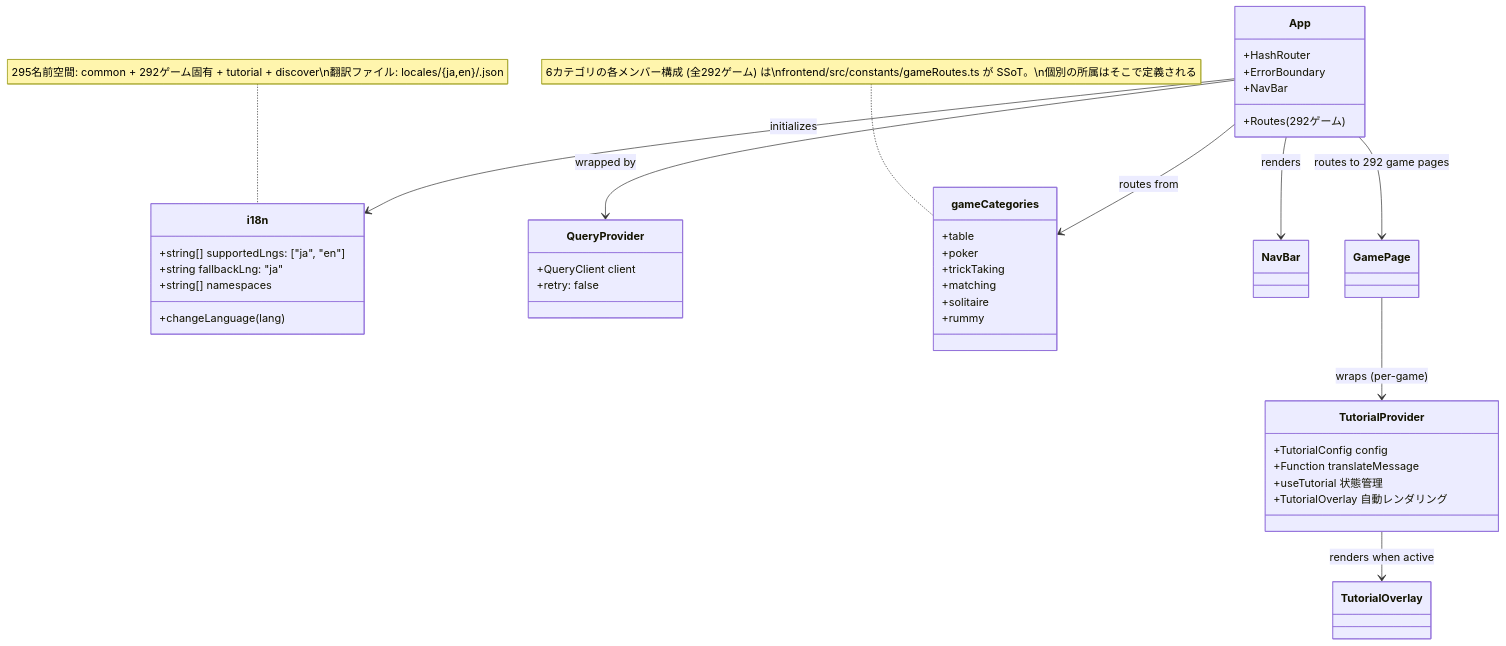
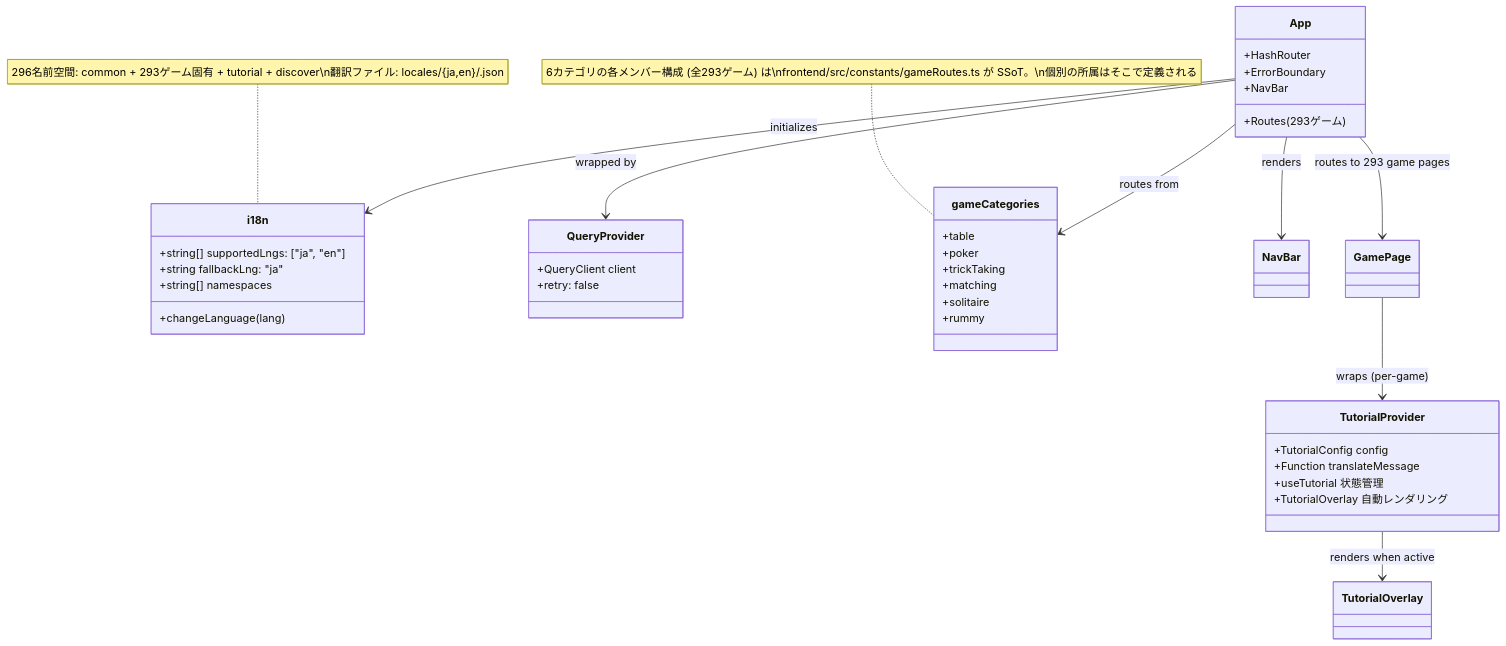
One commit to yuta-yoshinaga/go_trumpcards changed the ninth of 49 diagrams in docs/design/frontend.md. Above: the diagram before and after it, drawn with Mermaid. The commit also changed other lines of this file and 61 other files, not shown here.

````diff
--- a/docs/design/frontend.md
+++ b/docs/design/frontend.md
@@ -1869,48 +1869,48 @@
 ```mermaid
 classDiagram
     class i18n {
         +string[] supportedLngs: ["ja", "en"]
         +string fallbackLng: "ja"
         +string[] namespaces
         +changeLanguage(lang)
     }
 
     class QueryProvider {
         +QueryClient client
         +retry: false
     }
 
     class App {
         +HashRouter
         +ErrorBoundary
         +NavBar
-        +Routes (292ゲーム)
+        +Routes (293ゲーム)
     }
 
     class gameCategories {
         +table
         +poker
         +trickTaking
         +matching
         +solitaire
         +rummy
     }
-    note for gameCategories "6カテゴリの各メンバー構成 (全292ゲーム) は\nfrontend/src/constants/gameRoutes.ts が SSoT。\n個別の所属はそこで定義される"
+    note for gameCategories "6カテゴリの各メンバー構成 (全293ゲーム) は\nfrontend/src/constants/gameRoutes.ts が SSoT。\n個別の所属はそこで定義される"
 
     class TutorialProvider {
         +TutorialConfig config
         +Function translateMessage
         +useTutorial 状態管理
         +TutorialOverlay 自動レンダリング
     }
 
     App --> QueryProvider : wrapped by
     App --> i18n : initializes
     App --> gameCategories : routes from
     App --> NavBar : renders
-    App --> GamePage : routes to 292 game pages
+    App --> GamePage : routes to 293 game pages
     GamePage --> TutorialProvider : wraps (per-game)
     TutorialProvider --> TutorialOverlay : renders when active
 
-    note for i18n "295名前空間: common + 292ゲーム固有 + tutorial + discover\n翻訳ファイル: locales/{ja,en}/<game>.json"
+    note for i18n "296名前空間: common + 293ゲーム固有 + tutorial + discover\n翻訳ファイル: locales/{ja,en}/<game>.json"
 ```
````
